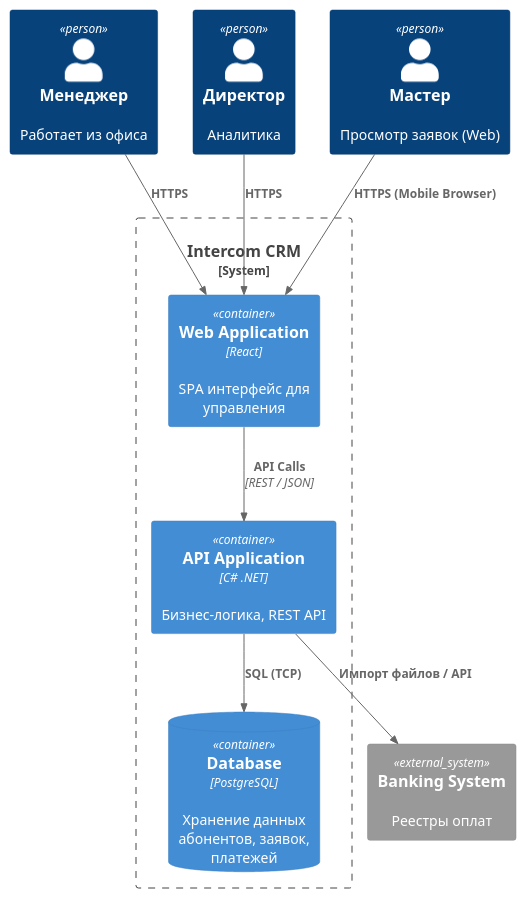
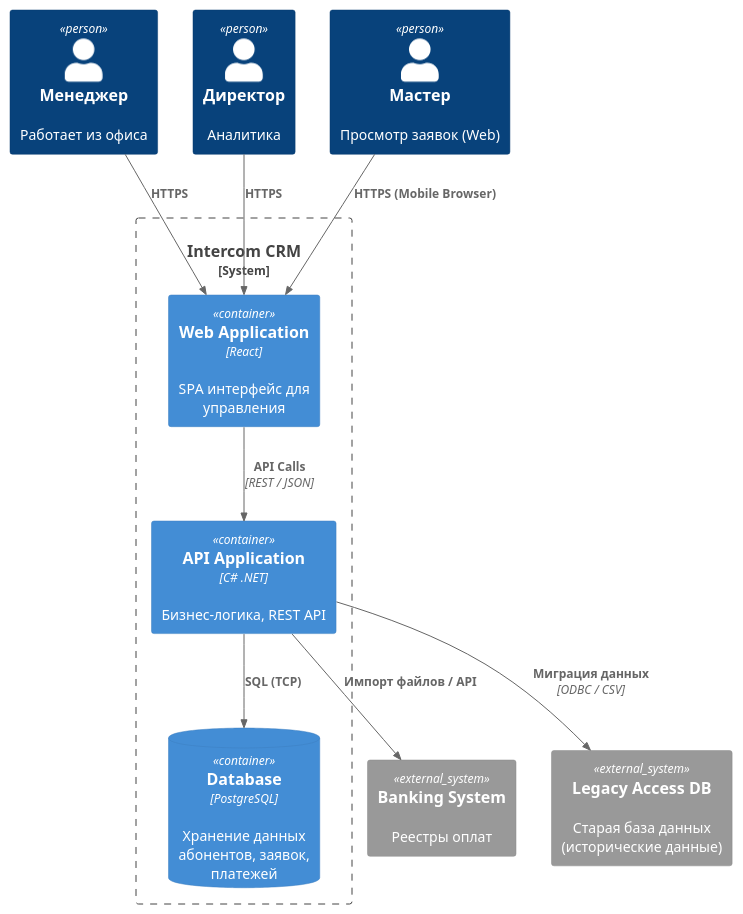
The second of 3 diagrams in LabWork2/LabWork2.md (smthgd/PAPS), drawn with PlantUML before and after one commit. The commit also changed 1 other file, not shown here.

Commit message:
добавлена пропущенная внешняя система

````diff
--- a/LabWork2/LabWork2.md
+++ b/LabWork2/LabWork2.md
@@ -64,26 +64,28 @@
 ```plantuml
 @startuml
 !include https://raw.githubusercontent.com/plantuml-stdlib/C4-PlantUML/master/C4_Container.puml
 
 Person(disp, "Менеджер", "Работает из офиса")
 Person(admin, "Директор", "Аналитика")
 Person(tech, "Мастер", "Просмотр заявок (Web)")
 
 System_Boundary(c1, "Intercom CRM") {
     Container(web_app, "Web Application", "React", "SPA интерфейс для управления")
     Container(api, "API Application", "C# .NET", "Бизнес-логика, REST API")
     ContainerDb(db, "Database", "PostgreSQL", "Хранение данных абонентов, заявок, платежей")
 }
 
 System_Ext(bank, "Banking System", "Реестры оплат")
+System_Ext(legacy, "Legacy Access DB", "Старая база данных (исторические данные)")
 
 Rel(disp, web_app, "HTTPS")
 Rel(admin, web_app, "HTTPS")
 Rel(tech, web_app, "HTTPS (Mobile Browser)")
 
 Rel(web_app, api, "API Calls", "REST / JSON")
 
 Rel(api, db, "SQL (TCP)")
 Rel(api, bank, "Импорт файлов / API")
+Rel(api, legacy, "Миграция данных", "ODBC / CSV")
 @enduml
 ```
````
